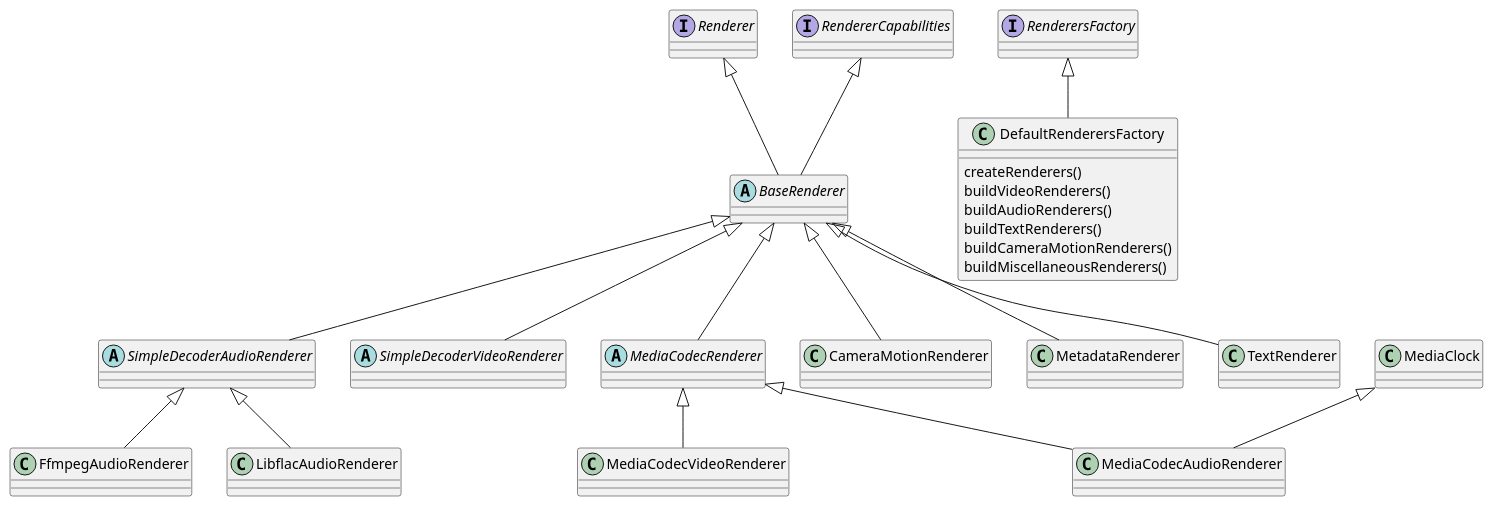
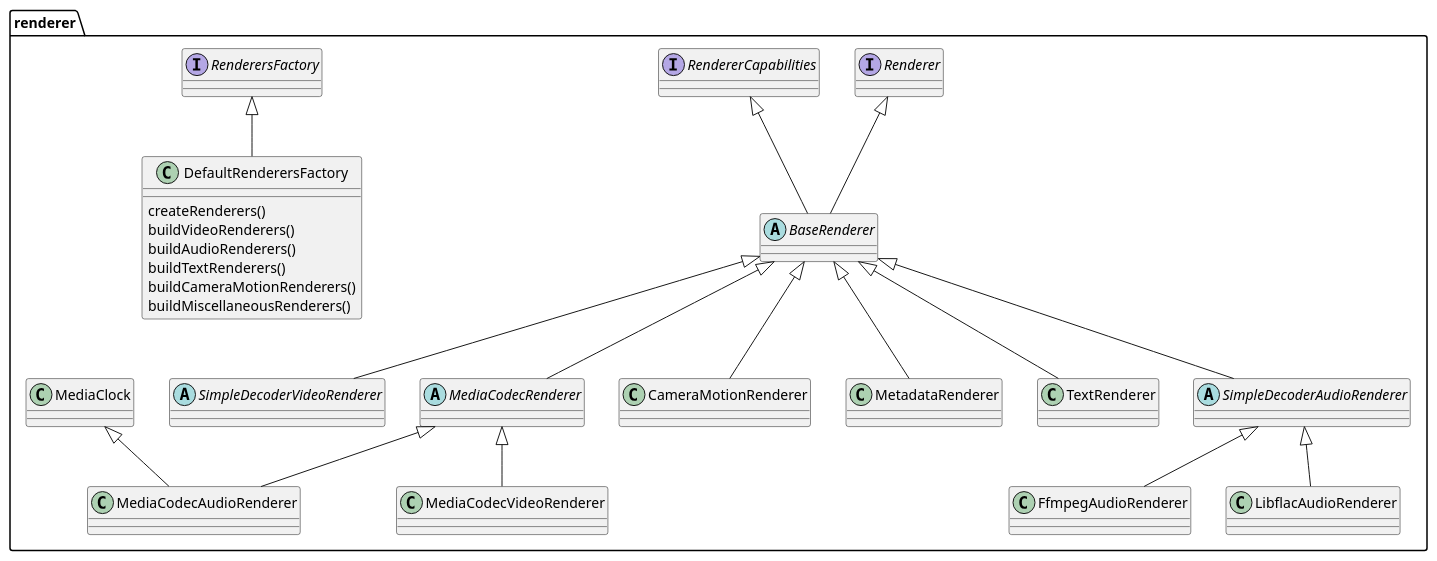
The diagram in uml/renderer.puml (tdounnyy/exoplayer_note), drawn with PlantUML before and after one commit. The commit also changed 4 other files, not shown here.

```diff
--- a/uml/renderer.puml
+++ b/uml/renderer.puml
@@ -2,39 +2,43 @@
 @startuml
-'Renderer
+'Renders media read from a {@link SampleStream}
+package renderer {
+
 interface Renderer
 interface RendererCapabilities
 interface RenderersFactory
 abstract class BaseRenderer
 abstract class SimpleDecoderAudioRenderer
 abstract class SimpleDecoderVideoRenderer
 abstract class MediaCodecRenderer
 class CameraMotionRenderer
 class FfmpegAudioRenderer
 class MediaCodecAudioRenderer
 class MediaCodecVideoRenderer
 class MetadataRenderer
 class TextRenderer
 class DefaultRenderersFactory {
     createRenderers()
     buildVideoRenderers()
     buildAudioRenderers()
     buildTextRenderers()
     buildCameraMotionRenderers()
     buildMiscellaneousRenderers()
 }
 
 Renderer <|-- BaseRenderer
 RendererCapabilities <|-- BaseRenderer
 BaseRenderer <|-- CameraMotionRenderer
 BaseRenderer <|-- SimpleDecoderAudioRenderer
 SimpleDecoderAudioRenderer <|--  FfmpegAudioRenderer
 SimpleDecoderAudioRenderer <|--  LibflacAudioRenderer
 BaseRenderer <|-- SimpleDecoderVideoRenderer
 BaseRenderer <|-- MediaCodecRenderer
 MediaCodecRenderer <|-- MediaCodecAudioRenderer
 MediaClock <|-- MediaCodecAudioRenderer
 MediaCodecRenderer <|-- MediaCodecVideoRenderer
 BaseRenderer <|-- MetadataRenderer
 BaseRenderer <|-- TextRenderer
 RenderersFactory <|-- DefaultRenderersFactory
+
+}
 @enduml
```
